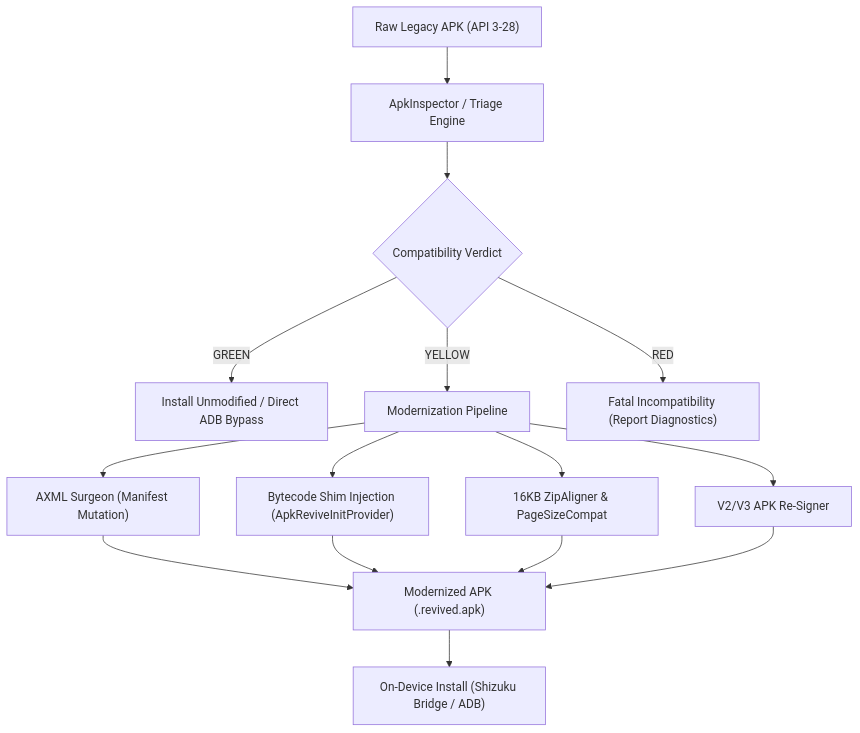
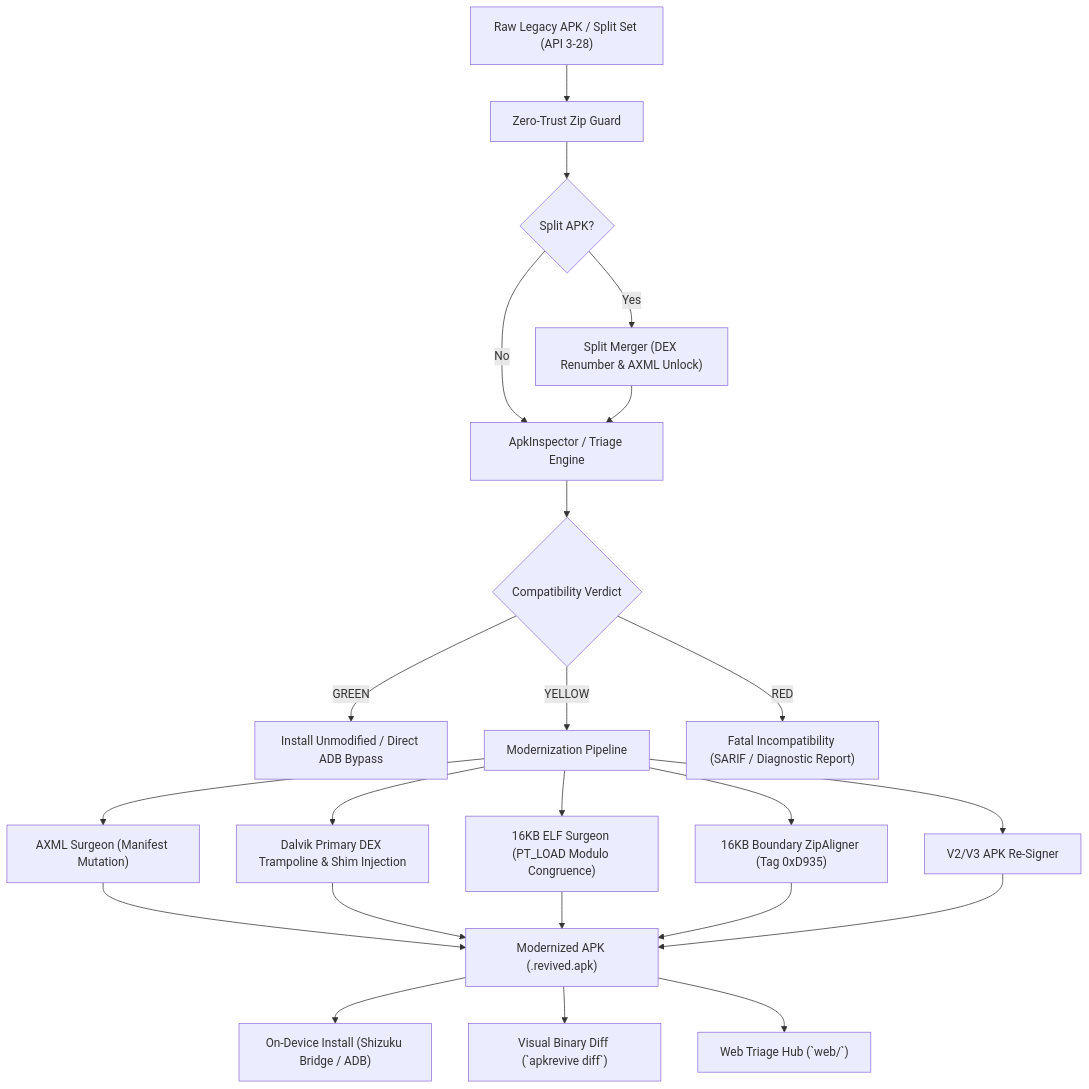
One commit to garouthehumanmonster/ApkRevive changed the diagram in README.md. Above: the diagram before and after it, drawn with Mermaid. The commit also changed other lines of this file and 36 other files, not shown here.

Commit message:
feat: comprehensive v0.4.0 overhaul with 16KB ELF surgeon, companion app, web hub, and canary matrix

````diff
--- a/README.md
+++ b/README.md
@@ -18,21 +18,29 @@
 ```mermaid
 flowchart TD
-    A["Raw Legacy APK (API 3-28)"] --> B["ApkInspector / Triage Engine"]
+    A["Raw Legacy APK / Split Set (API 3-28)"] --> Z["Zero-Trust Zip Guard"]
+    Z --> S{"Split APK?"}
+    S -->|"Yes"| SM["Split Merger (DEX Renumber & AXML Unlock)"]
+    S -->|"No"| B["ApkInspector / Triage Engine"]
+    SM --> B
+    
     B --> C{"Compatibility Verdict"}
-    
     C -->|"GREEN"| D["Install Unmodified / Direct ADB Bypass"]
     C -->|"YELLOW"| E["Modernization Pipeline"]
-    C -->|"RED"| F["Fatal Incompatibility (Report Diagnostics)"]
+    C -->|"RED"| F["Fatal Incompatibility (SARIF / Diagnostic Report)"]
     
     E --> G["AXML Surgeon (Manifest Mutation)"]
-    E --> H["Bytecode Shim Injection (ApkReviveInitProvider)"]
-    E --> I["16KB ZipAligner & PageSizeCompat"]
+    E --> H["Dalvik Primary DEX Trampoline & Shim Injection"]
+    E --> ES["16KB ELF Surgeon (PT_LOAD Modulo Congruence)"]
+    E --> I["16KB Boundary ZipAligner (Tag 0xD935)"]
     E --> J["V2/V3 APK Re-Signer"]
     
     G --> K["Modernized APK (.revived.apk)"]
     H --> K
+    ES --> K
     I --> K
     J --> K
     
     K --> L["On-Device Install (Shizuku Bridge / ADB)"]
+    K --> DIFF["Visual Binary Diff (`apkrevive diff`)"]
+    K --> WEB["Web Triage Hub (`web/`)"]
 ```
````
